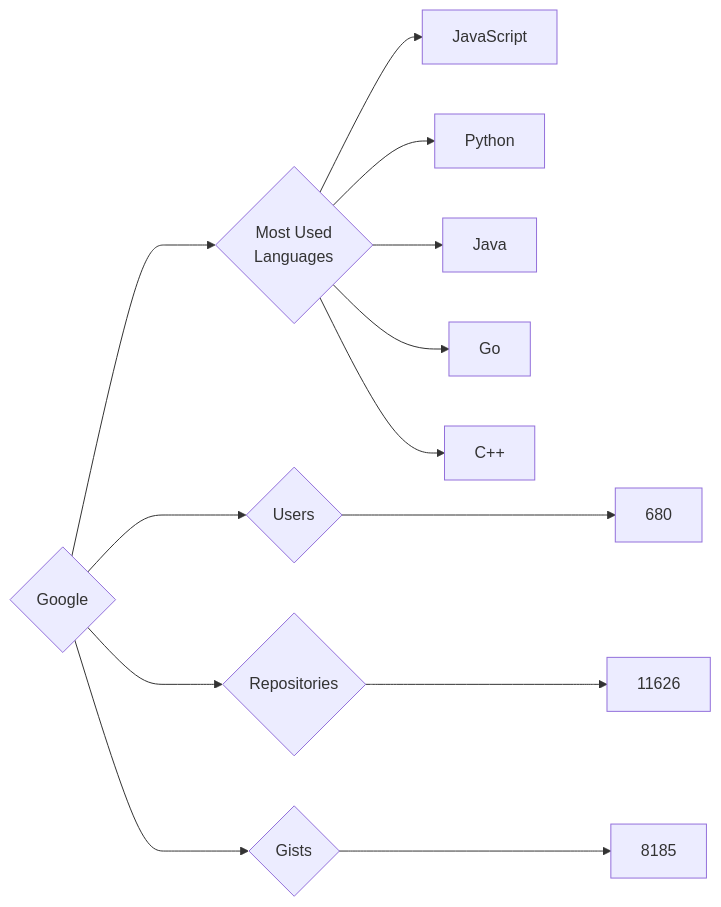
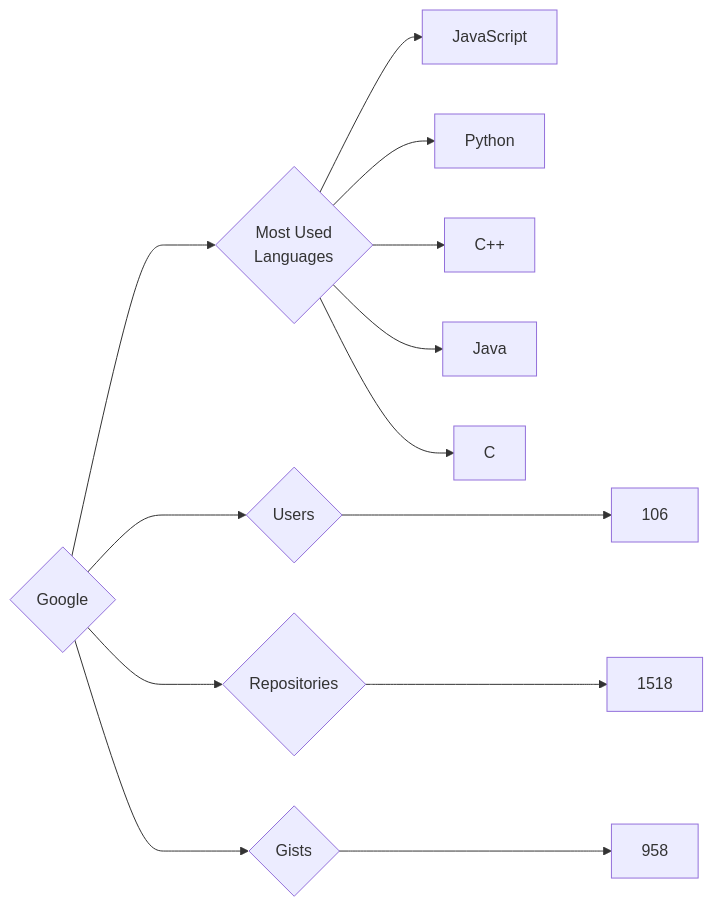
One commit to trickest/insiders changed the diagram in targets/Google/README.md. Above: the diagram before and after it, drawn with Mermaid. The commit also changed 823 other files, not shown here.

````diff
--- a/targets/Google/README.md
+++ b/targets/Google/README.md
@@ -3,13 +3,13 @@
 ```mermaid
 graph LR
 COMPANY_NAME{Google}
-COMPANY_NAME ---> U{Users} ---> UN[680]
-COMPANY_NAME ---> R{Repositories} ---> RN[11626]
-COMPANY_NAME ---> G{Gists} ---> GN[8185]
+COMPANY_NAME ---> U{Users} ---> UN[106]
+COMPANY_NAME ---> R{Repositories} ---> RN[1518]
+COMPANY_NAME ---> G{Gists} ---> GN[958]
 COMPANY_NAME ---> ML{Most Used<br>Languages}
 ML --> JavaScript[JavaScript]
 ML --> Python[Python]
+ML --> C++[C++]
 ML --> Java[Java]
-ML --> Go[Go]
-ML --> C++[C++]
+ML --> C[C]
 ```
````
